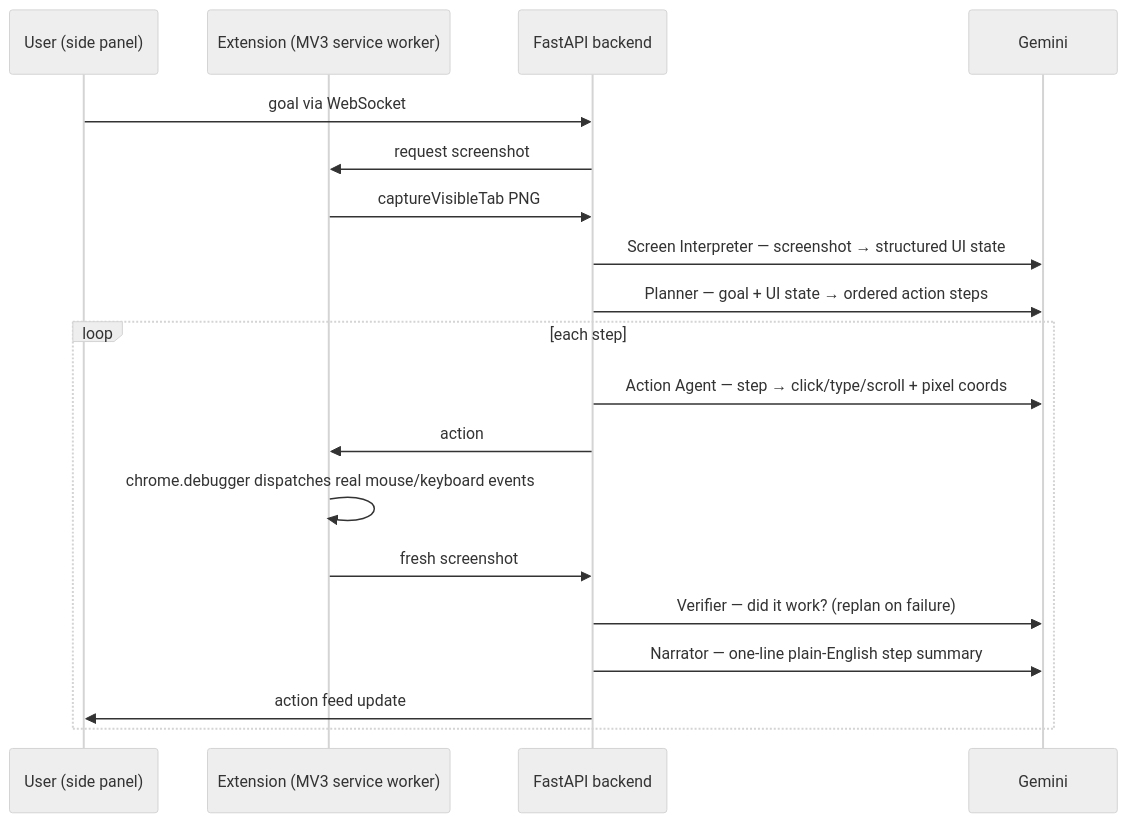
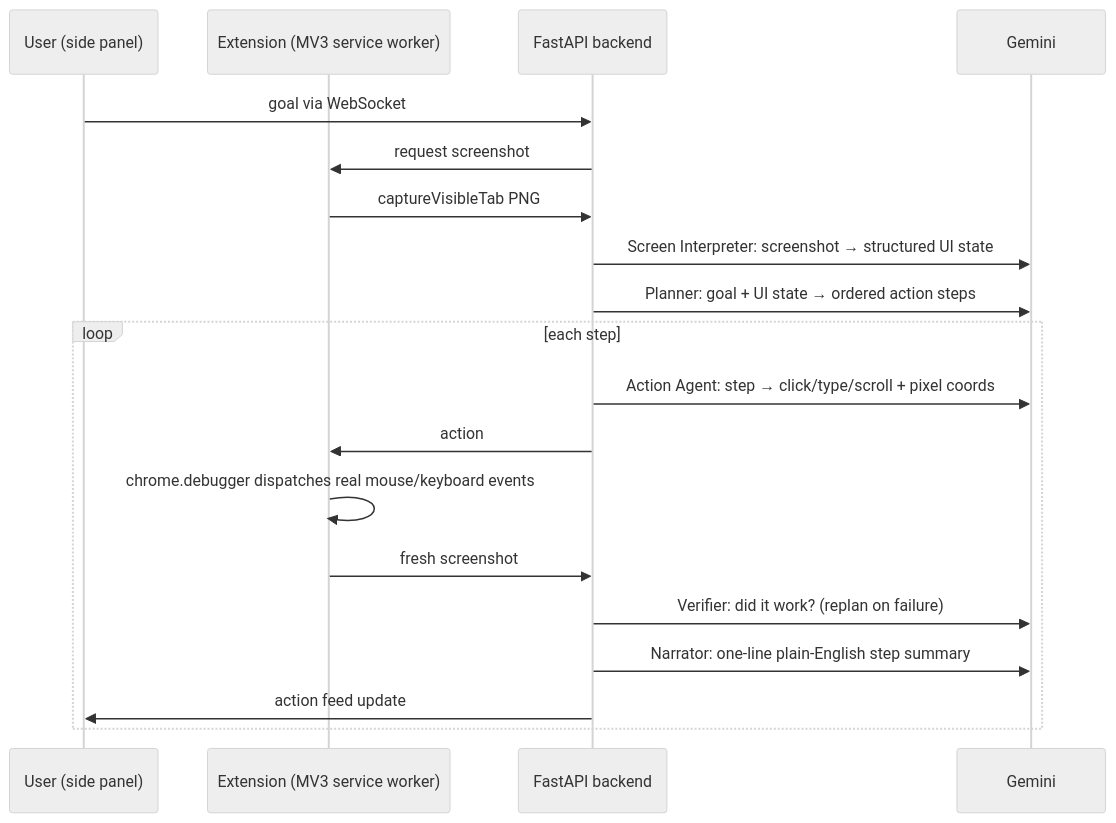
Before and after one commit to sanjanamaini/Pilot-Visual-Workflow-Agent: the diagram in README.md, drawn with Mermaid (neutral theme). The commit also changed other lines of this file and 18 other files, not shown here.

````diff
--- a/README.md
+++ b/README.md
@@ -9,22 +9,22 @@
 ```mermaid
 sequenceDiagram
     participant U as User (side panel)
     participant E as Extension (MV3 service worker)
     participant B as FastAPI backend
     participant G as Gemini
 
     U->>B: goal via WebSocket
     B->>E: request screenshot
     E->>B: captureVisibleTab PNG
-    B->>G: Screen Interpreter — screenshot → structured UI state
-    B->>G: Planner — goal + UI state → ordered action steps
+    B->>G: Screen Interpreter: screenshot → structured UI state
+    B->>G: Planner: goal + UI state → ordered action steps
     loop each step
-        B->>G: Action Agent — step → click/type/scroll + pixel coords
+        B->>G: Action Agent: step → click/type/scroll + pixel coords
         B->>E: action
         E->>E: chrome.debugger dispatches real mouse/keyboard events
         E->>B: fresh screenshot
-        B->>G: Verifier — did it work? (replan on failure)
-        B->>G: Narrator — one-line plain-English step summary
+        B->>G: Verifier: did it work? (replan on failure)
+        B->>G: Narrator: one-line plain-English step summary
         B->>U: action feed update
     end
 ```
````
